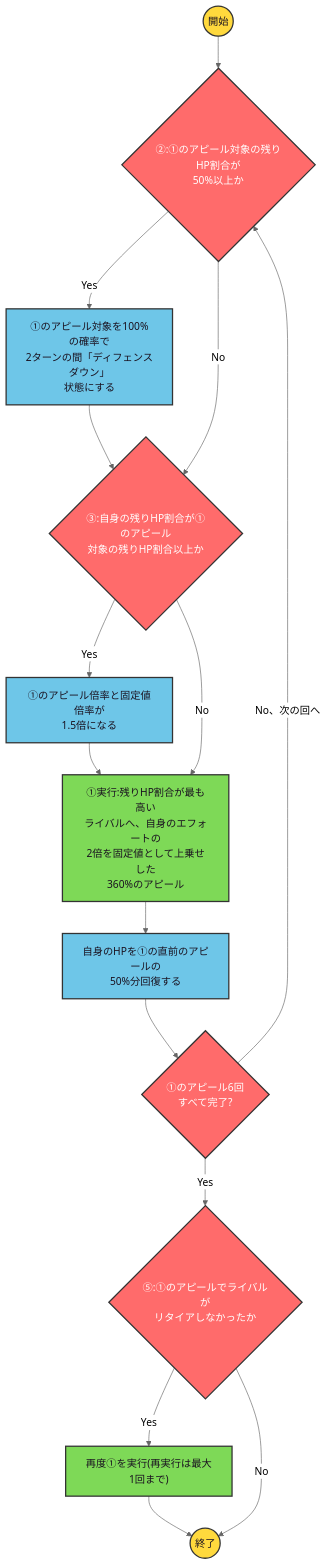
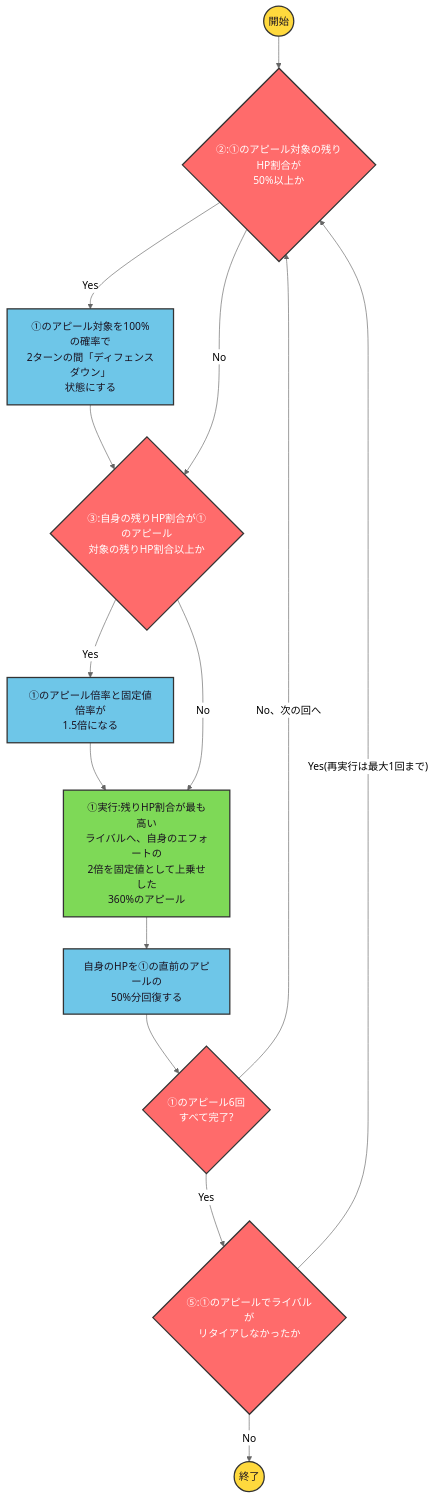
One commit to ryomochi0918/nogifra-characters changed the diagram in data/kawasaki_sakura/kokoronimonaikoto_skill1.mmd. Above: the diagram before and after it, drawn with Mermaid (neutral theme). The commit also changed 64 other files, not shown here.

```diff
--- a/data/kawasaki_sakura/kokoronimonaikoto_skill1.mmd
+++ b/data/kawasaki_sakura/kokoronimonaikoto_skill1.mmd
@@ -1,17 +1,17 @@
 flowchart TD
     classDef startend fill:#FFD93D,stroke:#333,stroke-width:2px,color:#1a1220;
     classDef cond fill:#FF6B6B,stroke:#333,stroke-width:2px,color:#ffffff;
     classDef effect fill:#6EC6E8,stroke:#333,stroke-width:2px,color:#1a1220;
     classDef action fill:#7ED957,stroke:#333,stroke-width:2px,color:#1a1220;
 
     start(("開始")):::startend --> c2
     c2{"②:①のアピール対象の残りHP割合が<br/>50%以上か"}:::cond
     c2 -->|"Yes"| e2["①のアピール対象を100%の確率で<br/>2ターンの間「ディフェンスダウン」<br/>状態にする"]:::effect --> c3
     c2 -->|"No"| c3{"③:自身の残りHP割合が①のアピール<br/>対象の残りHP割合以上か"}:::cond
     c3 -->|"Yes"| e3["①のアピール倍率と固定値倍率が<br/>1.5倍になる"]:::effect --> a1
     c3 -->|"No"| a1["①実行:残りHP割合が最も高い<br/>ライバルへ、自身のエフォートの<br/>2倍を固定値として上乗せした<br/>360%のアピール"]:::action --> e4["自身のHPを①の直前のアピールの<br/>50%分回復する"]:::effect --> lc1
     lc1{"①のアピール6回<br/>すべて完了?"}:::cond
     lc1 -->|"No、次の回へ"| c2
     lc1 -->|"Yes"| c5{"⑤:①のアピールでライバルが<br/>リタイアしなかったか"}:::cond
-    c5 -->|"Yes"| a5["再度①を実行(再実行は最大1回まで)"]:::action --> finish(("終了")):::startend
-    c5 -->|"No"| finish
+    c5 -->|"Yes(再実行は最大1回まで)"| c2
+    c5 -->|"No"| finish(("終了")):::startend
```
